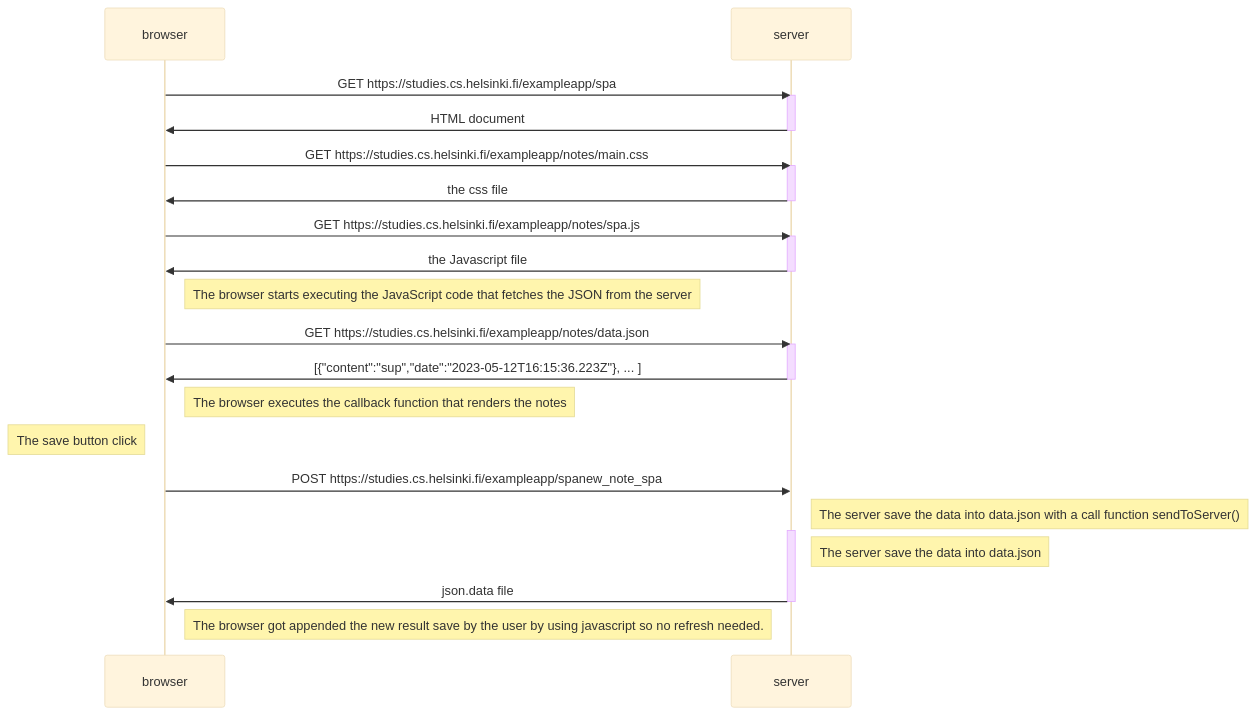
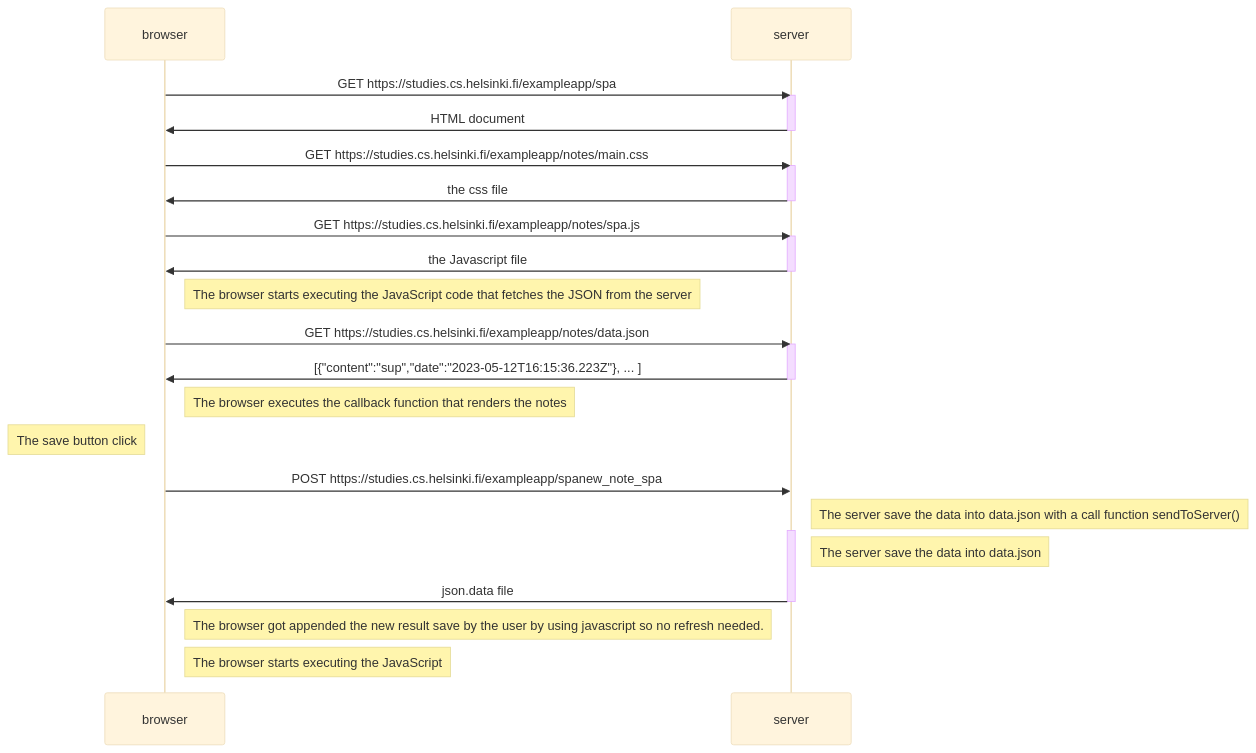
Before and after one commit to asrafamran/fullstackopen: the third of 3 diagrams in part0/README.md, drawn with Mermaid (base theme).

Commit message:
0.4-0.6 v3

````diff
--- a/part0/README.md
+++ b/part0/README.md
@@ -78,40 +78,41 @@
 ```mermaid
 
 sequenceDiagram
     participant browser
     participant server
 
     browser ->> server: GET https://studies.cs.helsinki.fi/exampleapp/spa
     activate server
     server ->> browser: HTML document
     deactivate server
     
     browser ->> server: GET https://studies.cs.helsinki.fi/exampleapp/notes/main.css
     activate server
     server ->> browser: the css file
     deactivate server
 
     browser ->> server: GET https://studies.cs.helsinki.fi/exampleapp/notes/spa.js
     activate server
     server ->> browser: the Javascript file
     deactivate server
 
     Note right of browser: The browser starts executing the JavaScript code that fetches the JSON from the server
 
     browser ->> server: GET https://studies.cs.helsinki.fi/exampleapp/notes/data.json
     activate server
     server ->> browser: [{"content":"sup","date":"2023-05-12T16:15:36.223Z"}, ... ]
     deactivate server
 
     Note right of browser: The browser executes the callback function that renders the notes
     Note left of browser: The save button click
 
     browser ->> server: POST https://studies.cs.helsinki.fi/exampleapp/spanew_note_spa
     Note right of server: The server save the data into data.json with a call function sendToServer()
     activate server
     Note right of server: The server save the data into data.json
     server ->> browser: json.data file
     deactivate server
 
     Note right of browser: The browser got appended the new result save by the user by using javascript so no refresh needed.
+    Note right of browser: The browser starts executing the JavaScript
 ```
````
